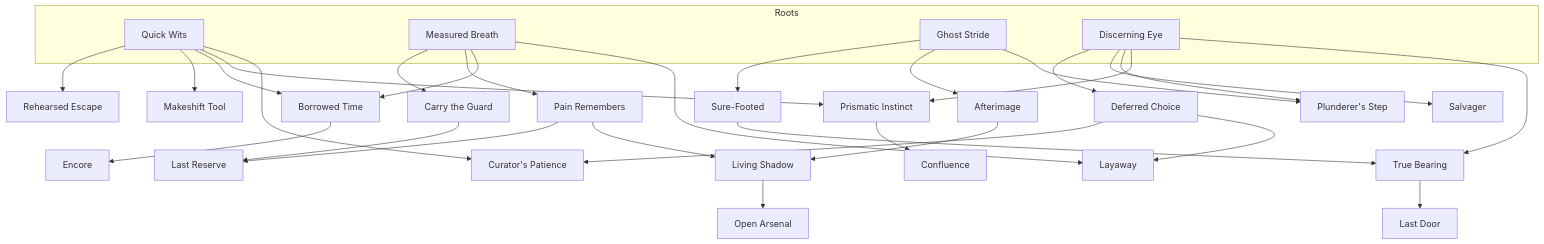
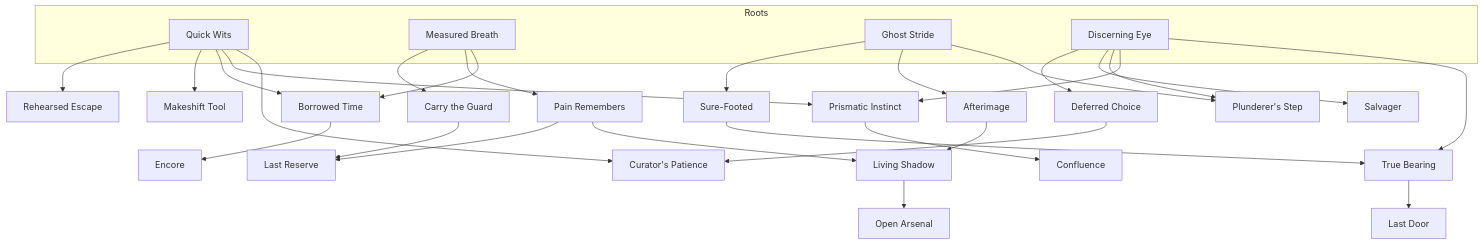
One commit to tyborg13/Labyrinth changed the second of 2 diagrams in spec/meta_leveling.md. Above: the diagram before and after it, drawn with Mermaid. The commit also changed other lines of this file and 17 other files, not shown here.

````diff
--- a/spec/meta_leveling.md
+++ b/spec/meta_leveling.md
@@ -73,40 +73,37 @@
 ```mermaid
 flowchart TB
     subgraph Roots
         QW["Quick Wits"]
         MB["Measured Breath"]
         GS["Ghost Stride"]
         DE["Discerning Eye"]
     end
 
     QW --> RE["Rehearsed Escape"]
     QW --> MT["Makeshift Tool"]
     MB --> CG["Carry the Guard"]
     MB --> PR["Pain Remembers"]
     GS --> SF["Sure-Footed"]
     GS --> AI["Afterimage"]
     DE --> DC["Deferred Choice"]
     DE --> SA["Salvager"]
 
     QW --> BT["Borrowed Time"]
     MB --> BT
     CG --> LR["Last Reserve"]
     PR --> LR
     GS --> PS["Plunderer's Step"]
     DE --> PS
     QW --> PI["Prismatic Instinct"]
     DE --> PI
     QW --> CP["Curator's Patience"]
     DC --> CP
     PR --> LS["Living Shadow"]
     AI --> LS
     SF --> TB["True Bearing"]
     DE --> TB
-    MB --> LA["Layaway"]
-    DC --> LA
-
     BT --> EN["Encore"]
     LS --> OA["Open Arsenal"]
     PI --> CO["Confluence"]
     TB --> LD["Last Door"]
 ```
````
